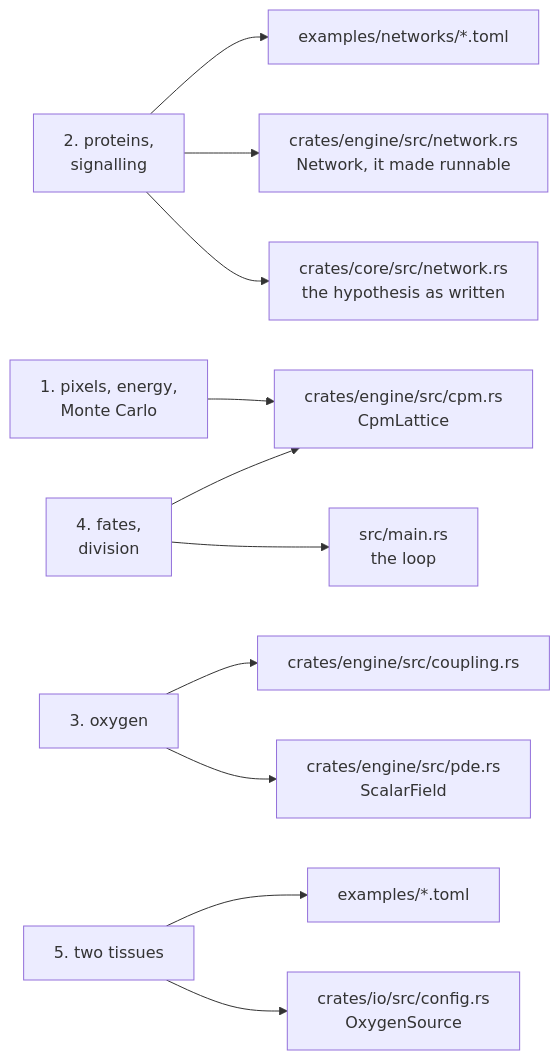
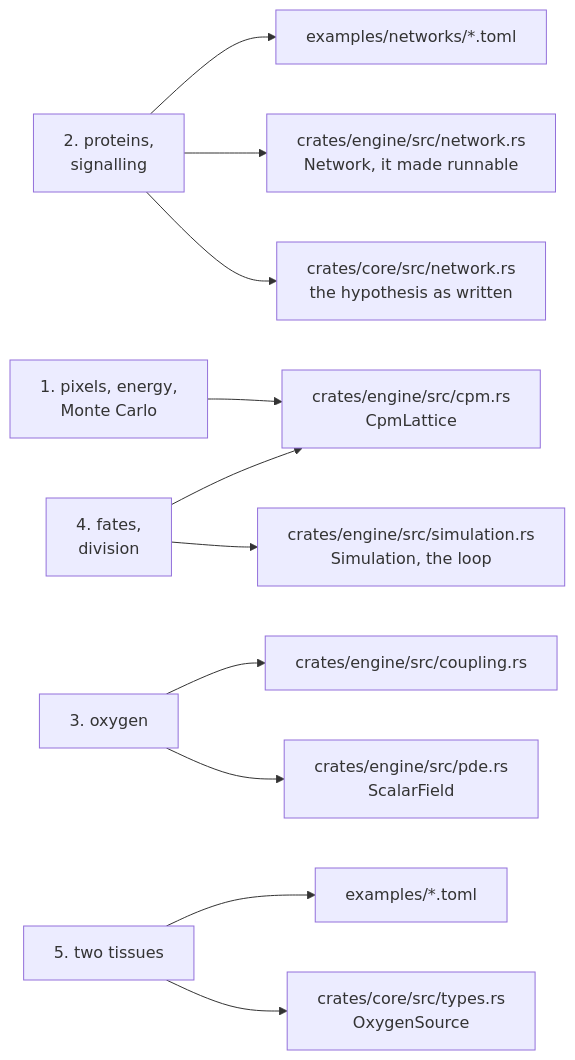
Before and after one commit to ngodzik/cellweave: the diagram in docs/README.md, drawn with Mermaid. The commit also changed 13 other files, not shown here.

````diff
--- a/docs/README.md
+++ b/docs/README.md
@@ -27,13 +27,13 @@
 ```mermaid
 flowchart LR
     c1["1. pixels, energy,<br/>Monte Carlo"] --> cpm["crates/engine/src/cpm.rs<br/>CpmLattice"]
     c2["2. proteins,<br/>signalling"] --> net["crates/core/src/network.rs<br/>the hypothesis as written"]
     c2 --> run["crates/engine/src/network.rs<br/>Network, it made runnable"]
     c2 --> files["examples/networks/*.toml"]
     c3["3. oxygen"] --> pde["crates/engine/src/pde.rs<br/>ScalarField"]
     c3 --> cpl["crates/engine/src/coupling.rs"]
-    c4["4. fates,<br/>division"] --> main["src/main.rs<br/>the loop"]
+    c4["4. fates,<br/>division"] --> sim["crates/engine/src/simulation.rs<br/>Simulation, the loop"]
     c4 --> cpm
-    c5["5. two tissues"] --> cfg["crates/io/src/config.rs<br/>OxygenSource"]
+    c5["5. two tissues"] --> cfg["crates/core/src/types.rs<br/>OxygenSource"]
     c5 --> ex["examples/*.toml"]
 ```
````
